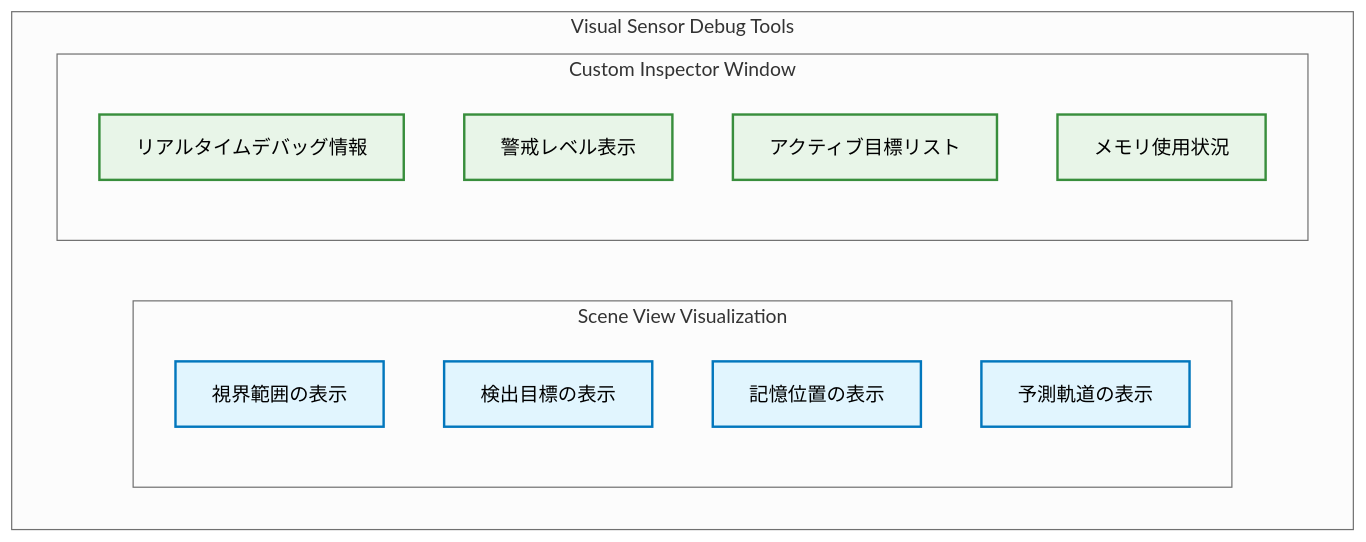
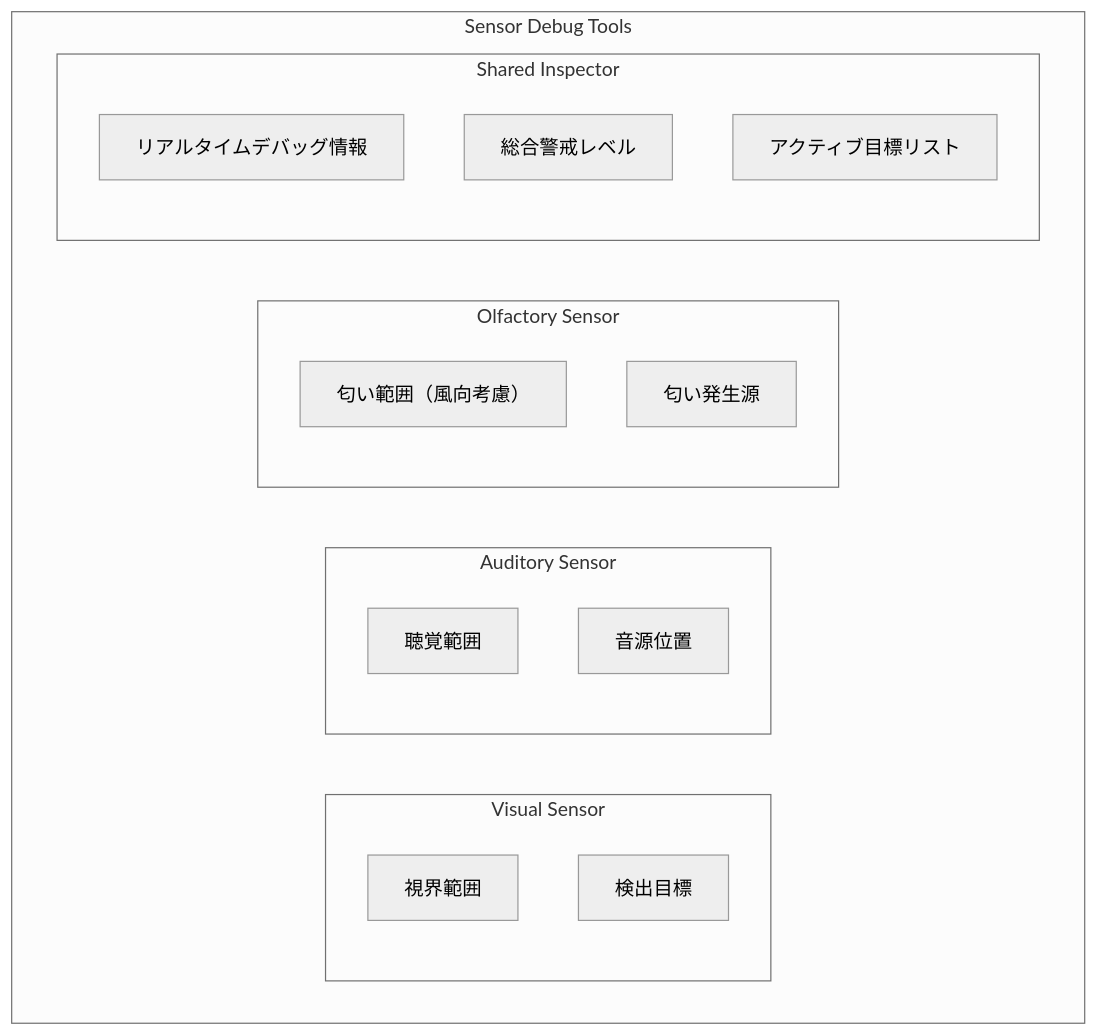
The sixth of 7 diagrams in DESIGN.md (u-satoru/URP3D_Base01), drawn with Mermaid (neutral theme) before and after one commit. The commit also changed other lines of this file and 378 other files, not shown here.

````diff
--- a/DESIGN.md
+++ b/DESIGN.md
@@ -371,24 +383,25 @@
 ```mermaid
 flowchart TB
-    subgraph "Visual Sensor Debug Tools"
-        subgraph "Scene View Visualization"
-            A["視界範囲の表示"]
-            B["検出目標の表示"]
-            C["記憶位置の表示"]
-            D["予測軌道の表示"]
+    subgraph "Sensor Debug Tools"
+        subgraph "Visual Sensor"
+            A["視界範囲"]
+            B["検出目標"]
         end
 
-        subgraph "Custom Inspector Window"
-            E["リアルタイムデバッグ情報"]
-            F["警戒レベル表示"]
-            G["アクティブ目標リスト"]
-            H["メモリ使用状況"]
+        subgraph "Auditory Sensor"
+            C["聴覚範囲"]
+            D["音源位置"]
+        end
+
+        subgraph "Olfactory Sensor"
+            E["匂い範囲（風向考慮）"]
+            F["匂い発生源"]
+        end
+
+        subgraph "Shared Inspector"
+            G["リアルタイムデバッグ情報"]
+            H["総合警戒レベル"]
+            I["アクティブ目標リスト"]
         end
     end
-
-    classDef sceneView fill:#e1f5fe,stroke:#0277bd,stroke-width:2px,color:#000
-    classDef inspector fill:#e8f5e8,stroke:#388e3c,stroke-width:2px,color:#000
-
-    class A,B,C,D sceneView
-    class E,F,G,H inspector
 ```
````
